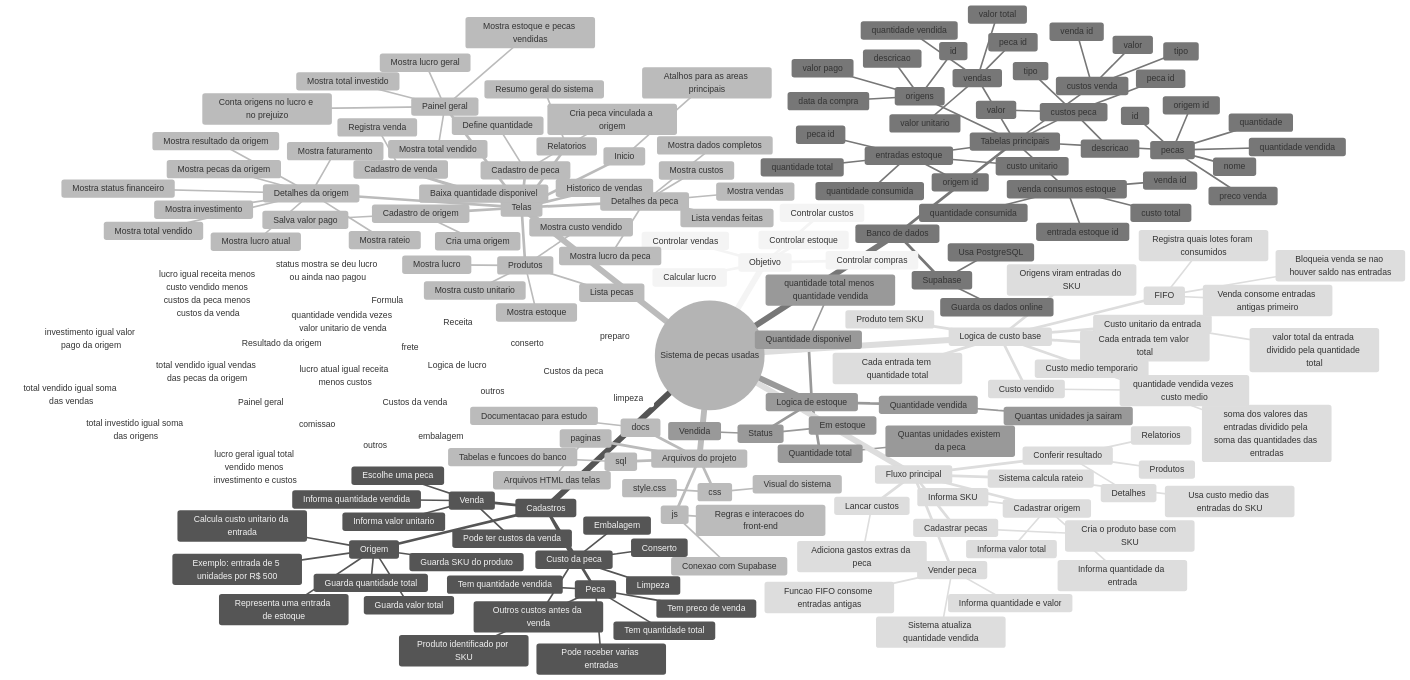
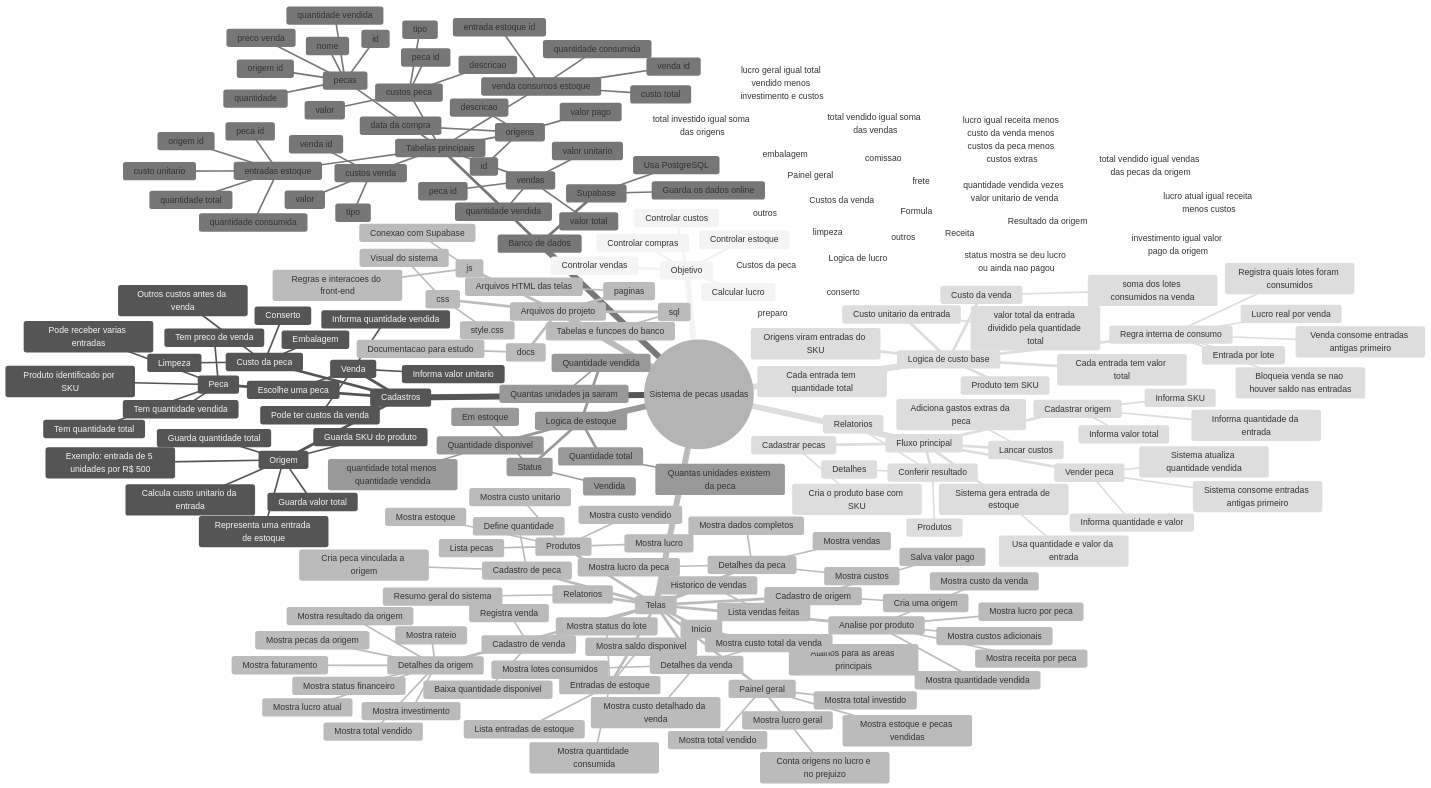
One commit to fereira711-lab/sistema-pecas-usadas changed the diagram in docs/mapa-mental.md. Above: the diagram before and after it, drawn with Mermaid (neutral theme). The commit also changed 17 other files, not shown here.

Commit message:
cria analise por produto

```diff
--- a/docs/mapa-mental.md
+++ b/docs/mapa-mental.md
@@ -46,6 +46,12 @@
         Mostra lucro geral
         Mostra estoque e pecas vendidas
         Conta origens no lucro e no prejuizo
+      Analise por produto
+        Mostra receita por peca
+        Mostra custo da venda
+        Mostra custos adicionais
+        Mostra lucro por peca
+        Mostra quantidade vendida
       Cadastro de origem
         Cria uma origem
         Salva valor pago
@@ -58,6 +64,11 @@
         Mostra custo unitario
         Mostra custo vendido
         Mostra lucro
+      Entradas de estoque
+        Lista entradas de estoque
+        Mostra quantidade consumida
+        Mostra saldo disponivel
+        Mostra status do lote
       Detalhes da origem
         Mostra pecas da origem
         Mostra rateio
@@ -72,6 +83,10 @@
         Mostra custos
         Mostra vendas
         Mostra lucro da peca
+      Detalhes da venda
+        Mostra custo detalhado da venda
+        Mostra lotes consumidos
+        Mostra custo total da venda
       Cadastro de venda
         Registra venda
         Baixa quantidade disponivel
@@ -141,12 +156,12 @@
       Cada entrada tem valor total
       Custo unitario da entrada
         valor total da entrada dividido pela quantidade total
-      Custo medio temporario
-        soma dos valores das entradas dividido pela soma das quantidades das entradas
-      Custo vendido
-        quantidade vendida vezes custo medio
-      FIFO
+      Custo da venda
+        soma dos lotes consumidos na venda
+      Regra interna de consumo
+        Entrada por lote
         Venda consome entradas antigas primeiro
+        Lucro real por venda
         Registra quais lotes foram consumidos
         Bloqueia venda se nao houver saldo nas entradas
 
@@ -173,7 +188,7 @@
         frete
         outros
       Formula
-        lucro igual receita menos custo vendido menos custos da peca menos custos da venda
+        lucro igual receita menos custo da venda menos custos da peca menos custos extras
 
     Fluxo principal
       Cadastrar origem
@@ -182,13 +197,13 @@
         Informa valor total
       Cadastrar pecas
         Cria o produto base com SKU
-      Sistema calcula rateio
-        Usa custo medio das entradas do SKU
+      Sistema gera entrada de estoque
+        Usa quantidade e valor da entrada
       Lancar custos
         Adiciona gastos extras da peca
       Vender peca
         Informa quantidade e valor
-        Funcao FIFO consome entradas antigas
+        Sistema consome entradas antigas primeiro
         Sistema atualiza quantidade vendida
       Conferir resultado
         Produtos
```
